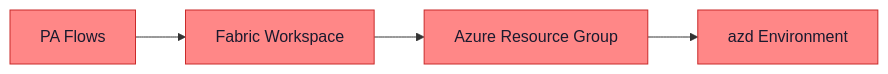
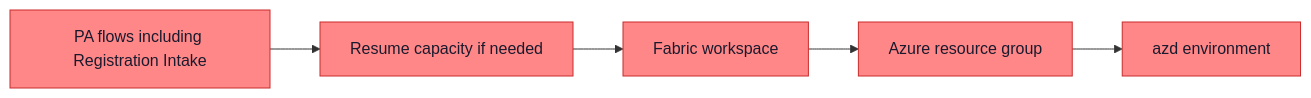
Before and after one commit to michaelhuot-msft/forms-to-fabric: the seventh of 7 diagrams in docs/admin-guide.md, drawn with Mermaid. The commit also changed other lines of this file and 12 other files, not shown here.

````diff
--- a/docs/admin-guide.md
+++ b/docs/admin-guide.md
@@ -801,9 +823,10 @@
 ```mermaid
 flowchart LR
-    A["PA Flows"] --> B["Fabric Workspace"]
-    B --> C["Azure Resource Group"]
-    C --> D["azd Environment"]
+    A["PA flows including Registration Intake"] --> B["Resume capacity if needed"]
+    B --> C["Fabric workspace"]
+    C --> D["Azure resource group"]
+    D --> E["azd environment"]
 
     classDef danger fill:#ff8787,stroke:#c92a2a,color:#1a1a2e
-    class A,B,C,D danger
+    class A,B,C,D,E danger
 ```
````
